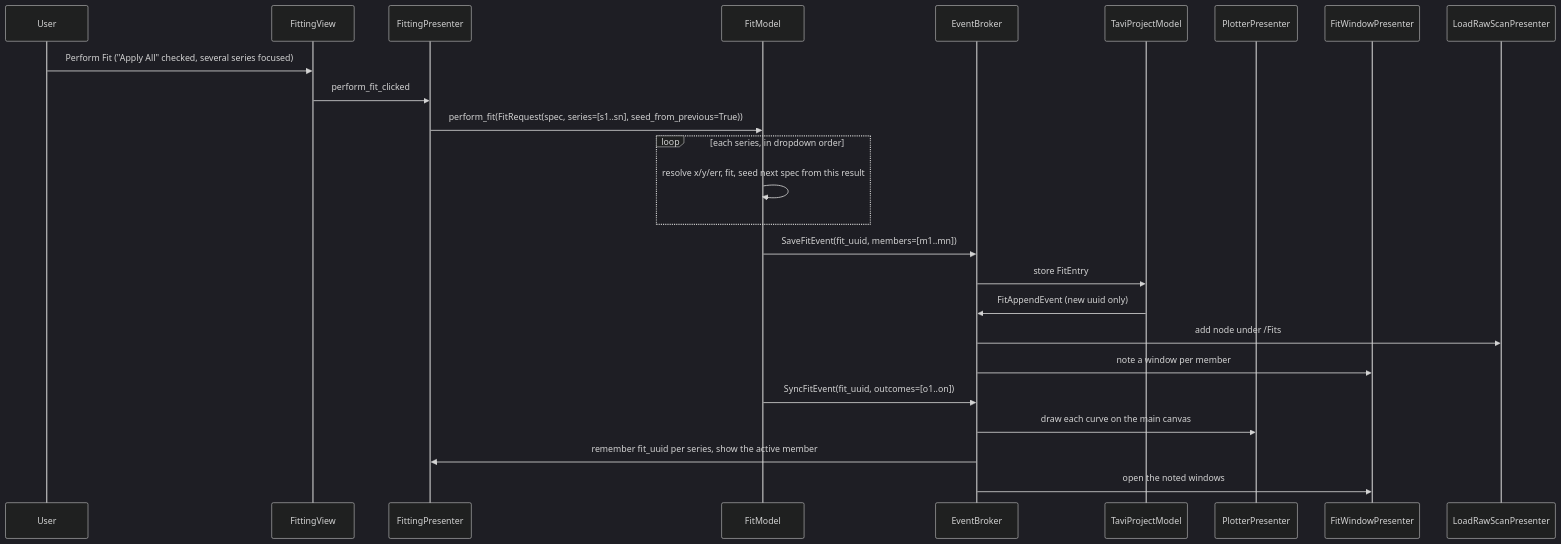
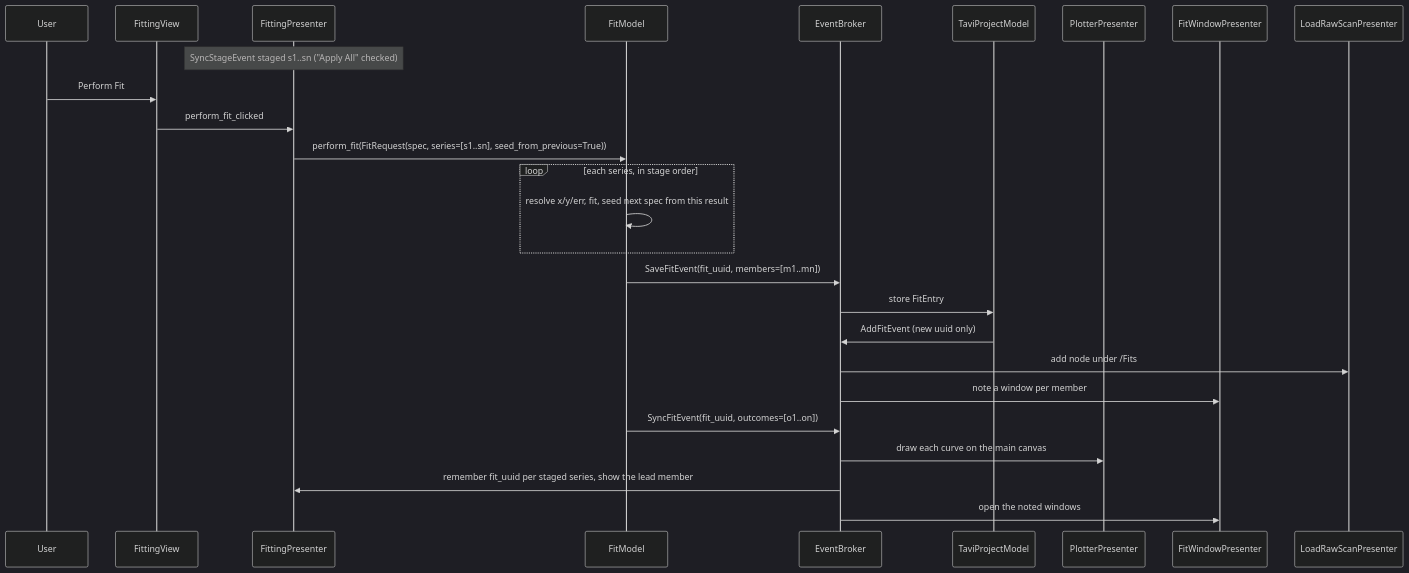
Before and after one commit to neutrons/TAVI: the third of 7 diagrams in docs/source/design/frontend/fit_data_model.rst, drawn with Mermaid (dark theme). The commit also changed other lines of this file and 43 other files, not shown here.

```diff
--- a/docs/source/design/frontend/fit_data_model.rst
+++ b/docs/source/design/frontend/fit_data_model.rst
@@ -323,28 +365,29 @@
 .. mermaid::
 
     sequenceDiagram
         participant User
         participant FittingView
         participant FittingPresenter
         participant FitModel
         participant EventBroker
         participant TaviProjectModel
         participant PlotterPresenter
         participant FitWindowPresenter
         participant LoadRawScanPresenter
 
-        User ->> FittingView: Perform Fit ("Apply All" checked, several series focused)
+        Note over FittingPresenter: SyncStageEvent staged s1..sn ("Apply All" checked)
+        User ->> FittingView: Perform Fit
         FittingView ->> FittingPresenter: perform_fit_clicked
         FittingPresenter ->> FitModel: perform_fit(FitRequest(spec, series=[s1..sn], seed_from_previous=True))
-        loop each series, in dropdown order
+        loop each series, in stage order
             FitModel ->> FitModel: resolve x/y/err, fit, seed next spec from this result
         end
         FitModel ->> EventBroker: SaveFitEvent(fit_uuid, members=[m1..mn])
         EventBroker ->> TaviProjectModel: store FitEntry
-        TaviProjectModel ->> EventBroker: FitAppendEvent (new uuid only)
+        TaviProjectModel ->> EventBroker: AddFitEvent (new uuid only)
         EventBroker ->> LoadRawScanPresenter: add node under /Fits
         EventBroker ->> FitWindowPresenter: note a window per member
         FitModel ->> EventBroker: SyncFitEvent(fit_uuid, outcomes=[o1..on])
         EventBroker ->> PlotterPresenter: draw each curve on the main canvas
-        EventBroker ->> FittingPresenter: remember fit_uuid per series, show the active member
+        EventBroker ->> FittingPresenter: remember fit_uuid per staged series, show the lead member
         EventBroker ->> FitWindowPresenter: open the noted windows
```
